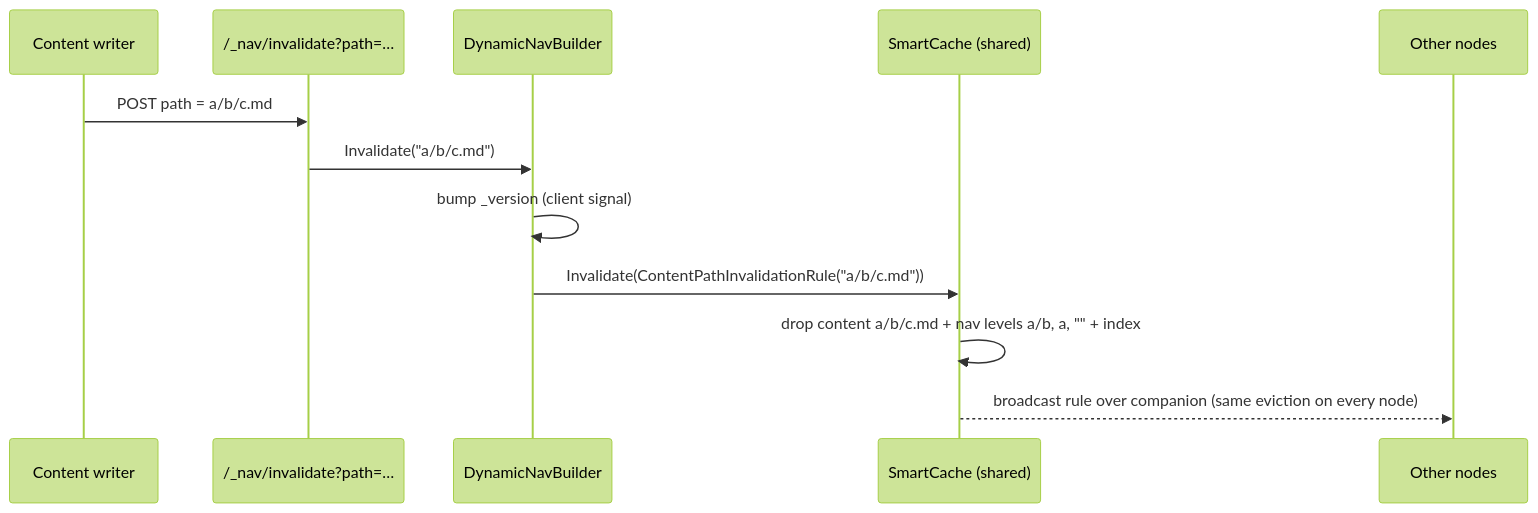
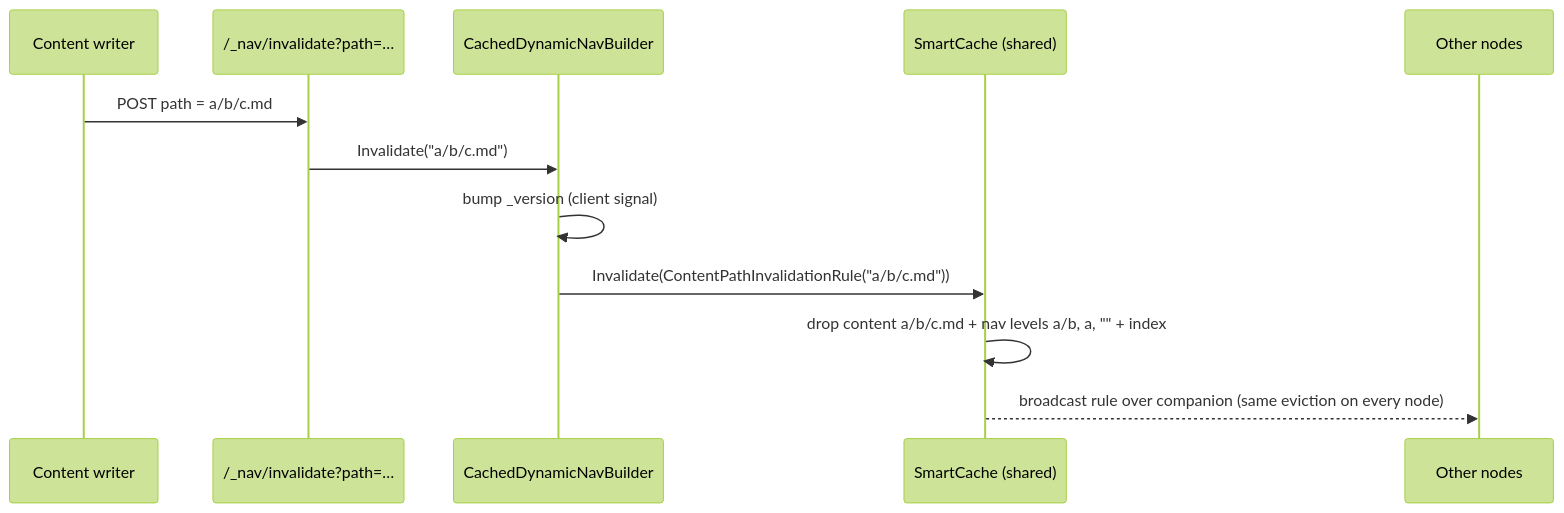
One commit to darioairoldi/Learn changed the third of 3 diagrams in src/docs/90. Issues/202607/20270720.02-smartcache-reload-redis/02-loading-process-flow.md. Above: the diagram before and after it, drawn with Mermaid (forest theme). The commit also changed other lines of this file and 19 other files, not shown here.

````diff
--- a/src/docs/90. Issues/202607/20270720.02-smartcache-reload-redis/02-loading-process-flow.md
+++ b/src/docs/90. Issues/202607/20270720.02-smartcache-reload-redis/02-loading-process-flow.md
@@ -168,15 +172,15 @@
 ```mermaid
 sequenceDiagram
     participant W as Content writer
     participant EP as /_nav/invalidate?path=…
-    participant NB as DynamicNavBuilder
+    participant CB as CachedDynamicNavBuilder
     participant SC as SmartCache (shared)
     participant N2 as Other nodes
 
     W->>EP: POST path = a/b/c.md
-    EP->>NB: Invalidate("a/b/c.md")
-    NB->>NB: bump _version  (client signal)
-    NB->>SC: Invalidate(ContentPathInvalidationRule("a/b/c.md"))
+    EP->>CB: Invalidate("a/b/c.md")
+    CB->>CB: bump _version  (client signal)
+    CB->>SC: Invalidate(ContentPathInvalidationRule("a/b/c.md"))
     SC->>SC: drop content a/b/c.md + nav levels a/b, a, "" + index
     SC-->>N2: broadcast rule over companion (same eviction on every node)
 ```
````
